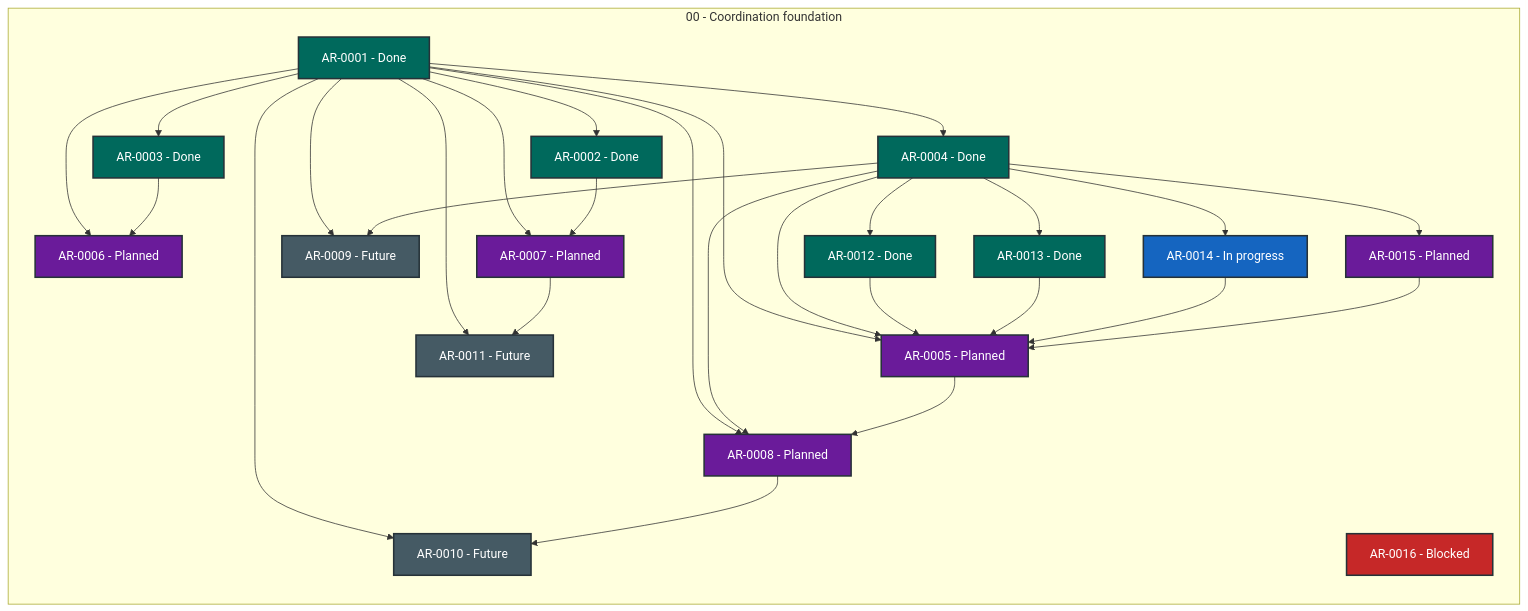
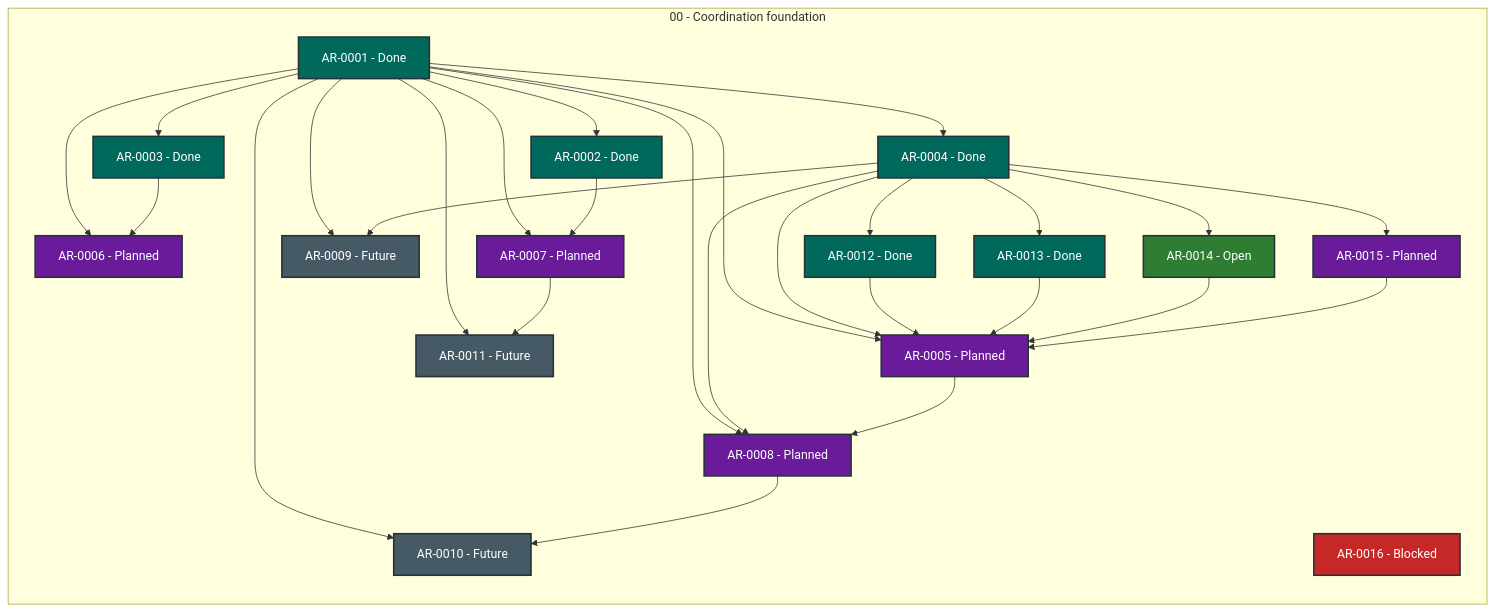
The diagram in STATUS.md (martin-beck/agent-workflow-quality-state), drawn with Mermaid before and after one commit. The commit also changed other lines of this file and 2 other files, not shown here.

````diff
--- a/STATUS.md
+++ b/STATUS.md
@@ -27,56 +27,56 @@
 ```mermaid
 flowchart LR
     subgraph series_00["00 - Coordination foundation"]
         direction TB
         AR_0001["AR-0001 - Done"]:::status_done
         AR_0002["AR-0002 - Done"]:::status_done
         AR_0003["AR-0003 - Done"]:::status_done
         AR_0004["AR-0004 - Done"]:::status_done
         AR_0005["AR-0005 - Planned"]:::status_planned
         AR_0006["AR-0006 - Planned"]:::status_planned
         AR_0007["AR-0007 - Planned"]:::status_planned
         AR_0008["AR-0008 - Planned"]:::status_planned
         AR_0009["AR-0009 - Future"]:::status_future
         AR_0010["AR-0010 - Future"]:::status_future
         AR_0011["AR-0011 - Future"]:::status_future
         AR_0012["AR-0012 - Done"]:::status_done
         AR_0013["AR-0013 - Done"]:::status_done
-        AR_0014["AR-0014 - In progress"]:::status_in_progress
+        AR_0014["AR-0014 - Open"]:::status_open
         AR_0015["AR-0015 - Planned"]:::status_planned
         AR_0016["AR-0016 - Blocked"]:::status_blocked
     end
     AR_0001 --> AR_0002
     AR_0001 --> AR_0003
     AR_0001 --> AR_0004
     AR_0001 --> AR_0005
     AR_0001 --> AR_0006
     AR_0001 --> AR_0007
     AR_0001 --> AR_0008
     AR_0001 --> AR_0009
     AR_0001 --> AR_0010
     AR_0001 --> AR_0011
     AR_0002 --> AR_0007
     AR_0003 --> AR_0006
     AR_0004 --> AR_0005
     AR_0004 --> AR_0008
     AR_0004 --> AR_0009
     AR_0004 --> AR_0012
     AR_0004 --> AR_0013
     AR_0004 --> AR_0014
     AR_0004 --> AR_0015
     AR_0005 --> AR_0008
     AR_0007 --> AR_0011
     AR_0008 --> AR_0010
     AR_0012 --> AR_0005
     AR_0013 --> AR_0005
     AR_0014 --> AR_0005
     AR_0015 --> AR_0005
     classDef status_in_progress fill:#1565c0,color:#ffffff,stroke:#263238,stroke-width:2px
     classDef status_open fill:#2e7d32,color:#ffffff,stroke:#263238,stroke-width:2px
     classDef status_blocked fill:#c62828,color:#ffffff,stroke:#263238,stroke-width:2px
     classDef status_planned fill:#6a1b9a,color:#ffffff,stroke:#263238,stroke-width:2px
     classDef status_future fill:#455a64,color:#ffffff,stroke:#263238,stroke-width:2px
     classDef status_done fill:#00695c,color:#ffffff,stroke:#263238,stroke-width:2px
     classDef status_cancelled fill:#616161,color:#ffffff,stroke:#263238,stroke-width:2px
     classDef status_superseded fill:#5d4037,color:#ffffff,stroke:#263238,stroke-width:2px
 ```
````
